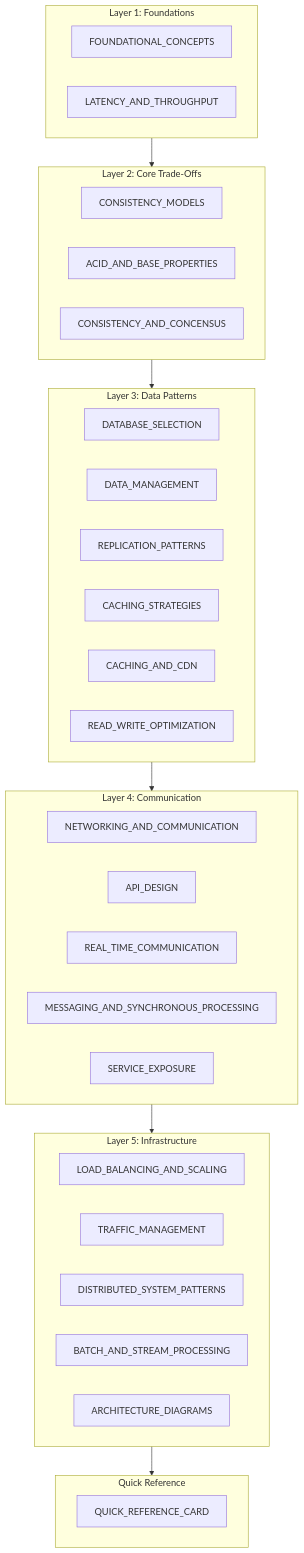
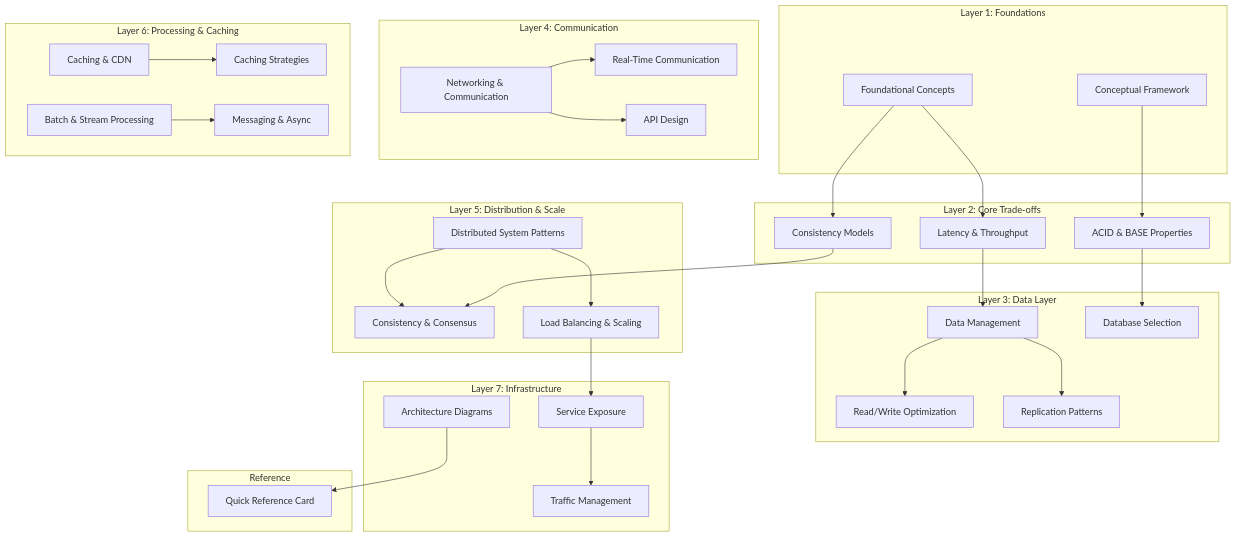
The first of 3 diagrams in README.md (ae-lexs/system_design_interview_handbook), drawn with Mermaid before and after one commit. The commit also changed other lines of this file, not shown here.

````diff
--- a/README.md
+++ b/README.md
@@ -89,48 +50,67 @@
 ```mermaid
 graph TB
-    subgraph Layer1["Layer 1: Foundations"]
-        F1[FOUNDATIONAL_CONCEPTS]
-        F2[LATENCY_AND_THROUGHPUT]
+    subgraph "Layer 1: Foundations"
+        A[Foundational Concepts]
+        B[Conceptual Framework]
     end
     
-    subgraph Layer2["Layer 2: Core Trade-Offs"]
-        C1[CONSISTENCY_MODELS]
-        C2[ACID_AND_BASE_PROPERTIES]
-        C3[CONSISTENCY_AND_CONCENSUS]
+    subgraph "Layer 2: Core Trade-offs"
+        C[Latency & Throughput]
+        D[Consistency Models]
+        E[ACID & BASE Properties]
     end
     
-    subgraph Layer3["Layer 3: Data Patterns"]
-        D1[DATABASE_SELECTION]
-        D2[DATA_MANAGEMENT]
-        D3[REPLICATION_PATTERNS]
-        D4[CACHING_STRATEGIES]
-        D5[CACHING_AND_CDN]
-        D6[READ_WRITE_OPTIMIZATION]
+    subgraph "Layer 3: Data Layer"
+        F[Data Management]
+        G[Database Selection]
+        H[Read/Write Optimization]
+        I[Replication Patterns]
     end
     
-    subgraph Layer4["Layer 4: Communication"]
-        M1[NETWORKING_AND_COMMUNICATION]
-        M2[API_DESIGN]
-        M3[REAL_TIME_COMMUNICATION]
-        M4[MESSAGING_AND_SYNCHRONOUS_PROCESSING]
-        M5[SERVICE_EXPOSURE]
+    subgraph "Layer 4: Communication"
+        J[Networking & Communication]
+        K[Real-Time Communication]
+        L[API Design]
     end
     
-    subgraph Layer5["Layer 5: Infrastructure"]
-        I1[LOAD_BALANCING_AND_SCALING]
-        I2[TRAFFIC_MANAGEMENT]
-        I3[DISTRIBUTED_SYSTEM_PATTERNS]
-        I4[BATCH_AND_STREAM_PROCESSING]
-        I5[ARCHITECTURE_DIAGRAMS]
+    subgraph "Layer 5: Distribution & Scale"
+        M[Distributed System Patterns]
+        N[Consistency & Consensus]
+        O[Load Balancing & Scaling]
     end
     
-    subgraph Reference["Quick Reference"]
-        R1[QUICK_REFERENCE_CARD]
+    subgraph "Layer 6: Processing & Caching"
+        P[Caching & CDN]
+        Q[Caching Strategies]
+        R[Batch & Stream Processing]
+        S[Messaging & Async]
     end
     
-    Layer1 --> Layer2
-    Layer2 --> Layer3
-    Layer3 --> Layer4
-    Layer4 --> Layer5
-    Layer5 --> Reference
+    subgraph "Layer 7: Infrastructure"
+        T[Service Exposure]
+        U[Traffic Management]
+        V[Architecture Diagrams]
+    end
+    
+    subgraph "Reference"
+        W[Quick Reference Card]
+    end
+    
+    A --> C
+    A --> D
+    B --> E
+    C --> F
+    D --> N
+    E --> G
+    F --> H
+    F --> I
+    J --> K
+    J --> L
+    M --> N
+    M --> O
+    P --> Q
+    R --> S
+    O --> T
+    T --> U
+    V --> W
 ```
````
